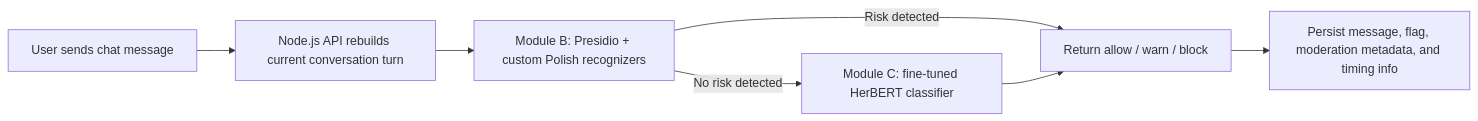
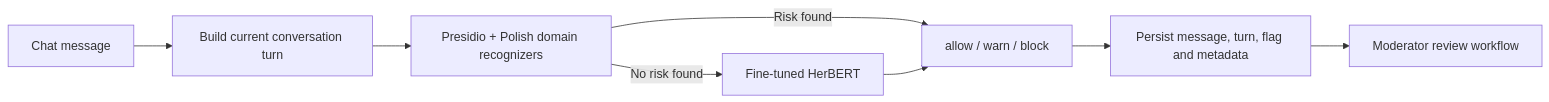
Before and after one commit to 1SHIGERU/StylifyApp: the diagram in README.md, drawn with Mermaid. The commit also changed other lines of this file, not shown here.

````diff
--- a/README.md
+++ b/README.md
@@ -24,9 +33,10 @@
 ```mermaid
 flowchart LR
-    A["User sends chat message"] --> B["Node.js API rebuilds current conversation turn"]
-    B --> C["Module B: Presidio + custom Polish recognizers"]
-    C -->|Risk detected| D["Return allow / warn / block"]
-    C -->|No risk detected| E["Module C: fine-tuned HerBERT classifier"]
-    E --> D
-    D --> F["Persist message, flag, moderation metadata, and timing info"]
+    U["Chat message"] --> T["Build current conversation turn"]
+    T --> P["Presidio + Polish domain recognizers"]
+    P -->|"Risk found"| D["allow / warn / block"]
+    P -->|"No risk found"| H["Fine-tuned HerBERT"]
+    H --> D
+    D --> A["Persist message, turn, flag and metadata"]
+    A --> M["Moderator review workflow"]
 ```
````
